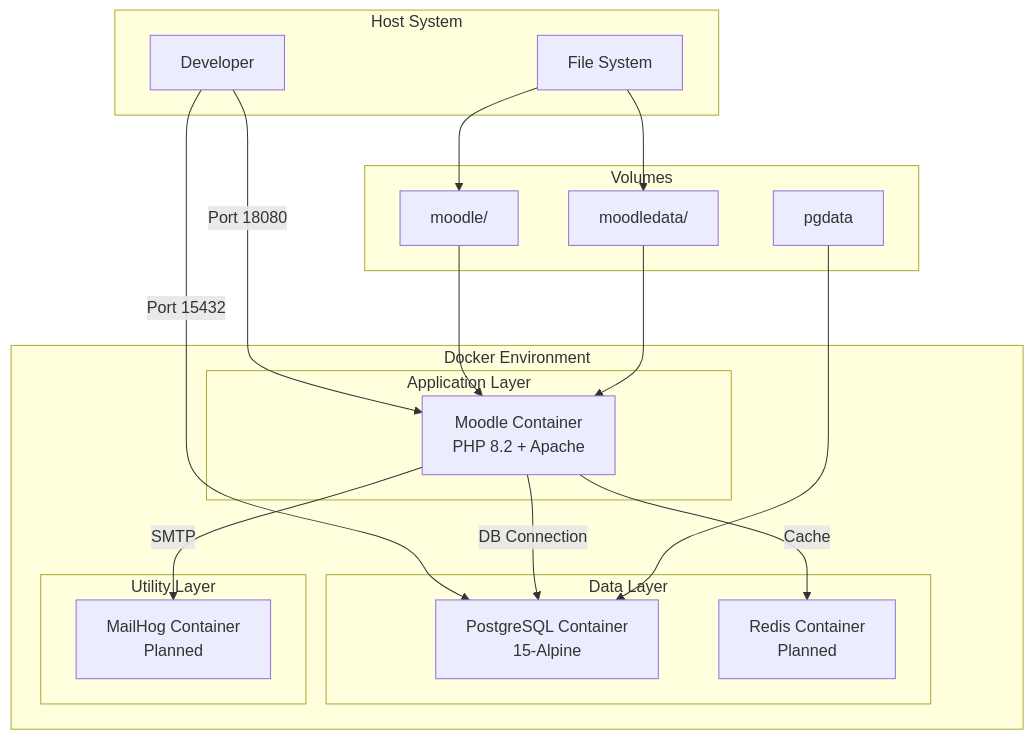
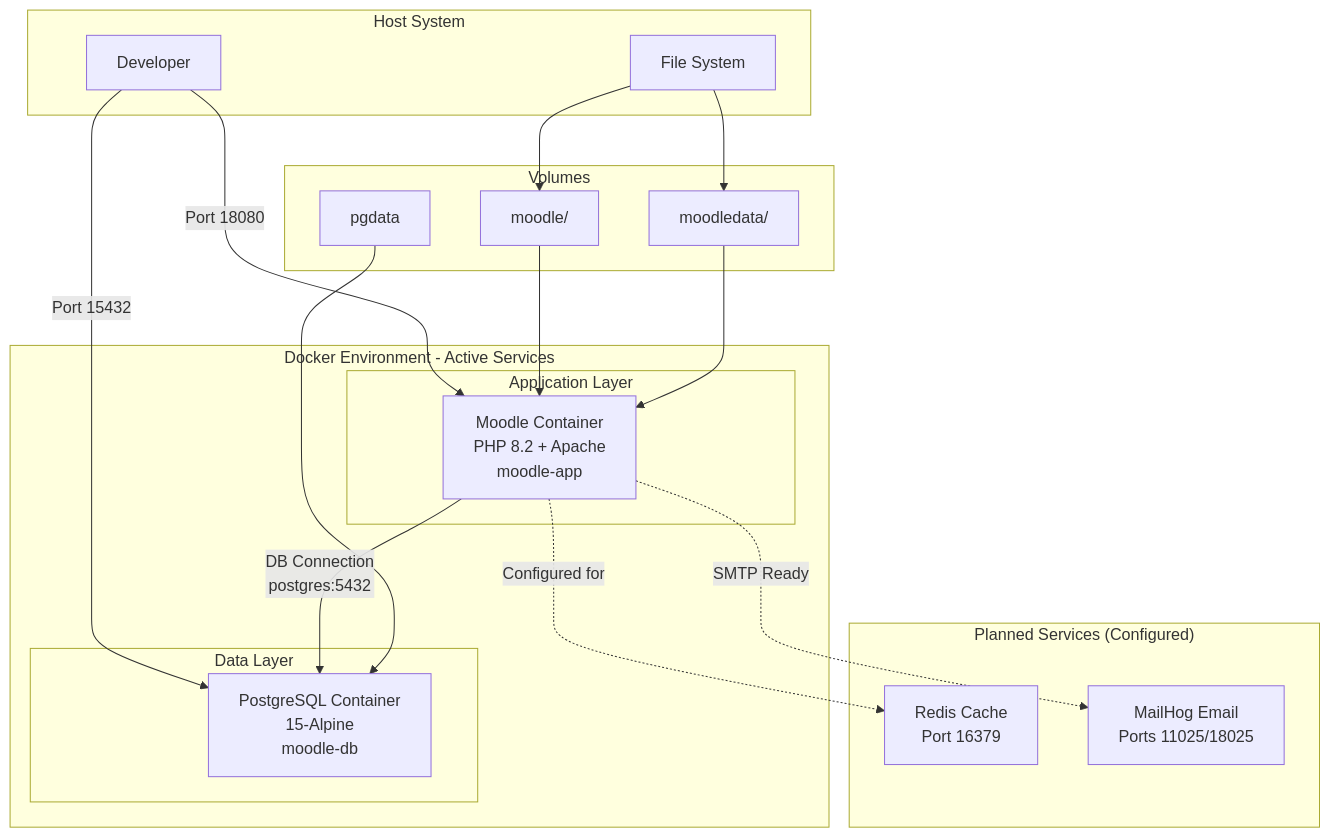
One commit to twinprime19/moodle-docker changed the first of 4 diagrams in docs/system-architecture.md. Above: the diagram before and after it, drawn with Mermaid. The commit also changed other lines of this file and 7 other files, not shown here.

First line of the commit message:
Update comprehensive documentation for Moodle Docker project

````diff
--- a/docs/system-architecture.md
+++ b/docs/system-architecture.md
@@ -7,40 +7,40 @@
 ```mermaid
 graph TB
     subgraph "Host System"
         DEV[Developer]
         FS[File System]
     end
 
-    subgraph "Docker Environment"
+    subgraph "Docker Environment - Active Services"
         subgraph "Application Layer"
-            MOODLE[Moodle Container<br/>PHP 8.2 + Apache]
+            MOODLE[Moodle Container<br/>PHP 8.2 + Apache<br/>moodle-app]
         end
 
         subgraph "Data Layer"
-            PG[PostgreSQL Container<br/>15-Alpine]
-            REDIS[Redis Container<br/>Planned]
+            PG[PostgreSQL Container<br/>15-Alpine<br/>moodle-db]
         end
+    end
 
-        subgraph "Utility Layer"
-            MAIL[MailHog Container<br/>Planned]
-        end
+    subgraph "Planned Services (Configured)"
+        REDIS[Redis Cache<br/>Port 16379]
+        MAIL[MailHog Email<br/>Ports 11025/18025]
     end
 
     subgraph "Volumes"
         VOL1[moodle/]
         VOL2[moodledata/]
         VOL3[pgdata]
     end
 
     DEV -->|Port 18080| MOODLE
     DEV -->|Port 15432| PG
-    MOODLE -->|DB Connection| PG
-    MOODLE -->|Cache| REDIS
-    MOODLE -->|SMTP| MAIL
+    MOODLE -->|DB Connection<br/>postgres:5432| PG
+    MOODLE -.->|Configured for| REDIS
+    MOODLE -.->|SMTP Ready| MAIL
 
     FS --> VOL1
     FS --> VOL2
     VOL1 --> MOODLE
     VOL2 --> MOODLE
     VOL3 --> PG
 ```
````
